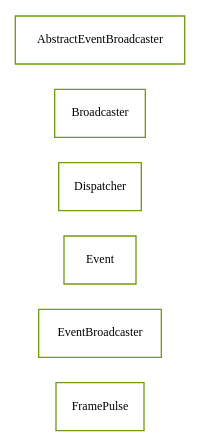
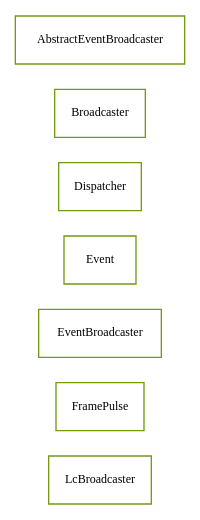
Before and after one commit to sekati/sasapi: the diagram in docs/com/sekati/events/classes.dot, drawn with Graphviz. The commit also changed 66 other files, not shown here.

```diff
--- a/docs/com/sekati/events/classes.dot
+++ b/docs/com/sekati/events/classes.dot
@@ -1,57 +1,66 @@
 strict digraph class_diagram {
   rankdir=LR;
+  TypeLcBroadcaster[
+    label="LcBroadcaster",
+    URL="LcBroadcaster.html",
+    tooltip="com.sekati.events.LcBroadcaster",
+    fontname="Verdana",
+    fontsize="9"
+    color="#729b12"
+    shape="record"
+  ];
   TypeFramePulse[
     label="FramePulse",
     URL="FramePulse.html",
     tooltip="com.sekati.events.FramePulse",
     fontname="Verdana",
     fontsize="9"
     color="#729b12"
     shape="record"
   ];
   TypeEventBroadcaster[
     label="EventBroadcaster",
     URL="EventBroadcaster.html",
     tooltip="com.sekati.events.EventBroadcaster",
     fontname="Verdana",
     fontsize="9"
     color="#729b12"
     shape="record"
   ];
   TypeEvent[
     label="Event",
     URL="Event.html",
     tooltip="com.sekati.events.Event",
     fontname="Verdana",
     fontsize="9"
     color="#729b12"
     shape="record"
   ];
   TypeDispatcher[
     label="Dispatcher",
     URL="Dispatcher.html",
     tooltip="com.sekati.events.Dispatcher",
     fontname="Verdana",
     fontsize="9"
     color="#729b12"
     shape="record"
   ];
   TypeBroadcaster[
     label="Broadcaster",
     URL="Broadcaster.html",
     tooltip="com.sekati.events.Broadcaster",
     fontname="Verdana",
     fontsize="9"
     color="#729b12"
     shape="record"
   ];
   TypeAbstractEventBroadcaster[
     label="AbstractEventBroadcaster",
     URL="AbstractEventBroadcaster.html",
     tooltip="com.sekati.events.AbstractEventBroadcaster",
     fontname="Verdana",
     fontsize="9"
     color="#729b12"
     shape="record"
   ];
 }
```
